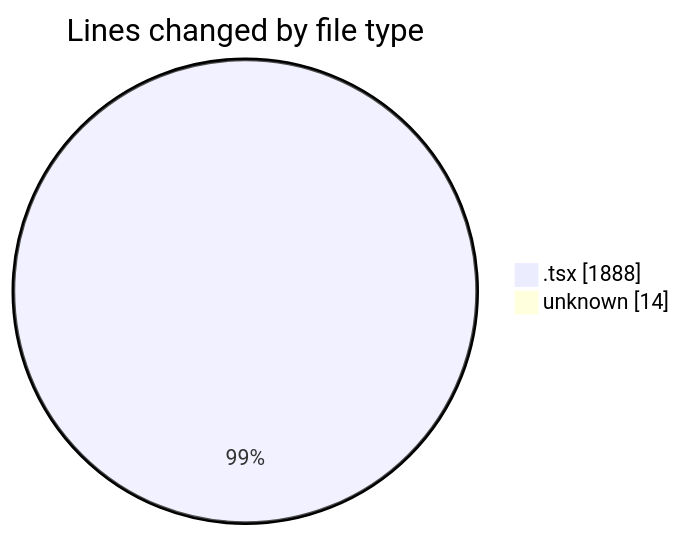
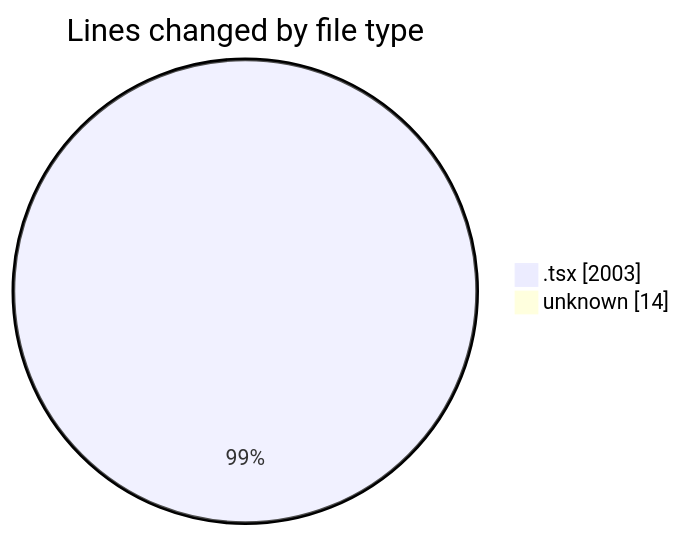
The first of 2 diagrams in 2025-05-29/kimberly-groups/README.md (JenPaints/code-tracking), drawn with Mermaid before and after one commit. The commit also changed other lines of this file and 1 other file, not shown here.

````diff
--- a/2025-05-29/kimberly-groups/README.md
+++ b/2025-05-29/kimberly-groups/README.md
@@ -26,6 +27,6 @@
 ```mermaid
 pie showData
 title Lines changed by file type
-".tsx" : 1888
+".tsx" : 2003
 "unknown" : 14
 ```
````
